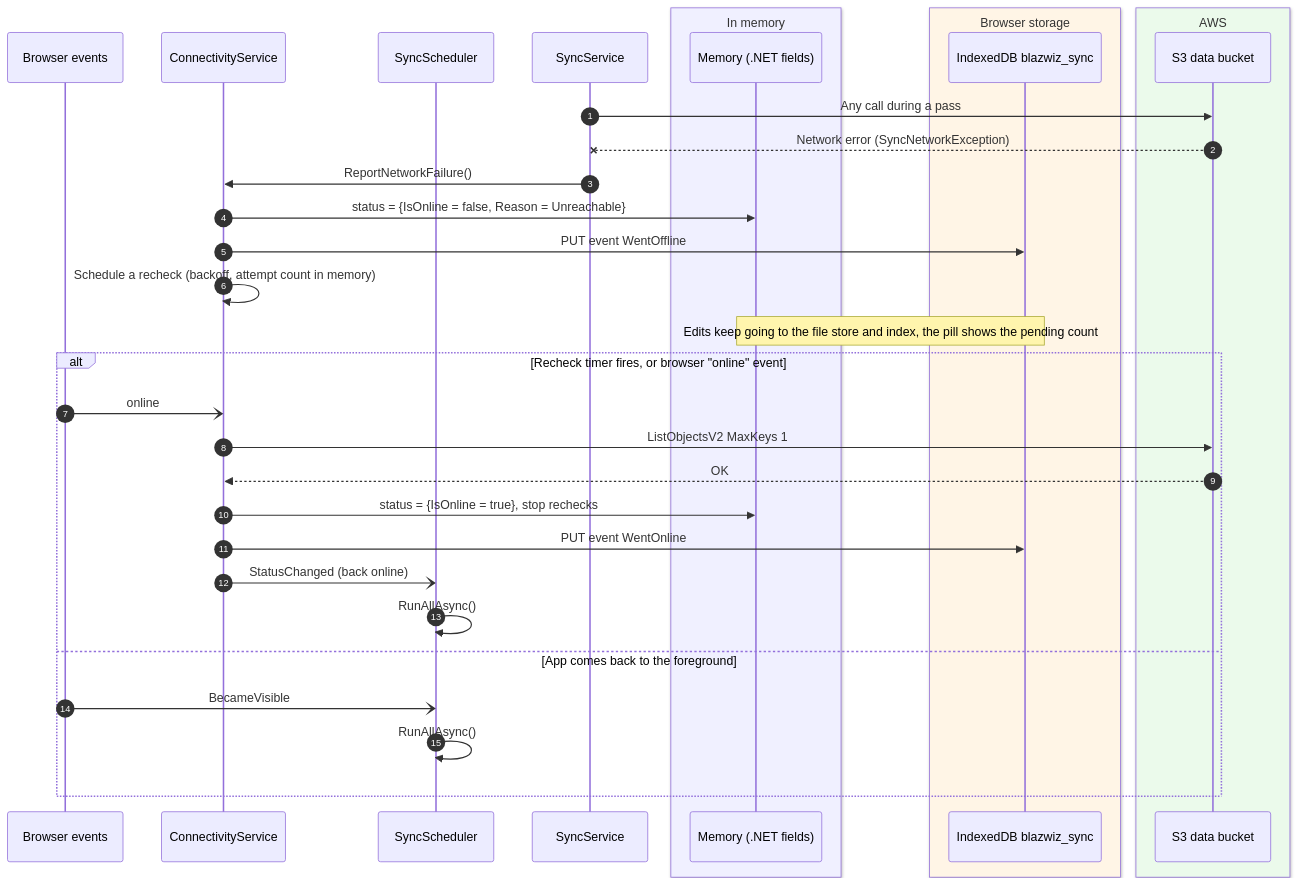
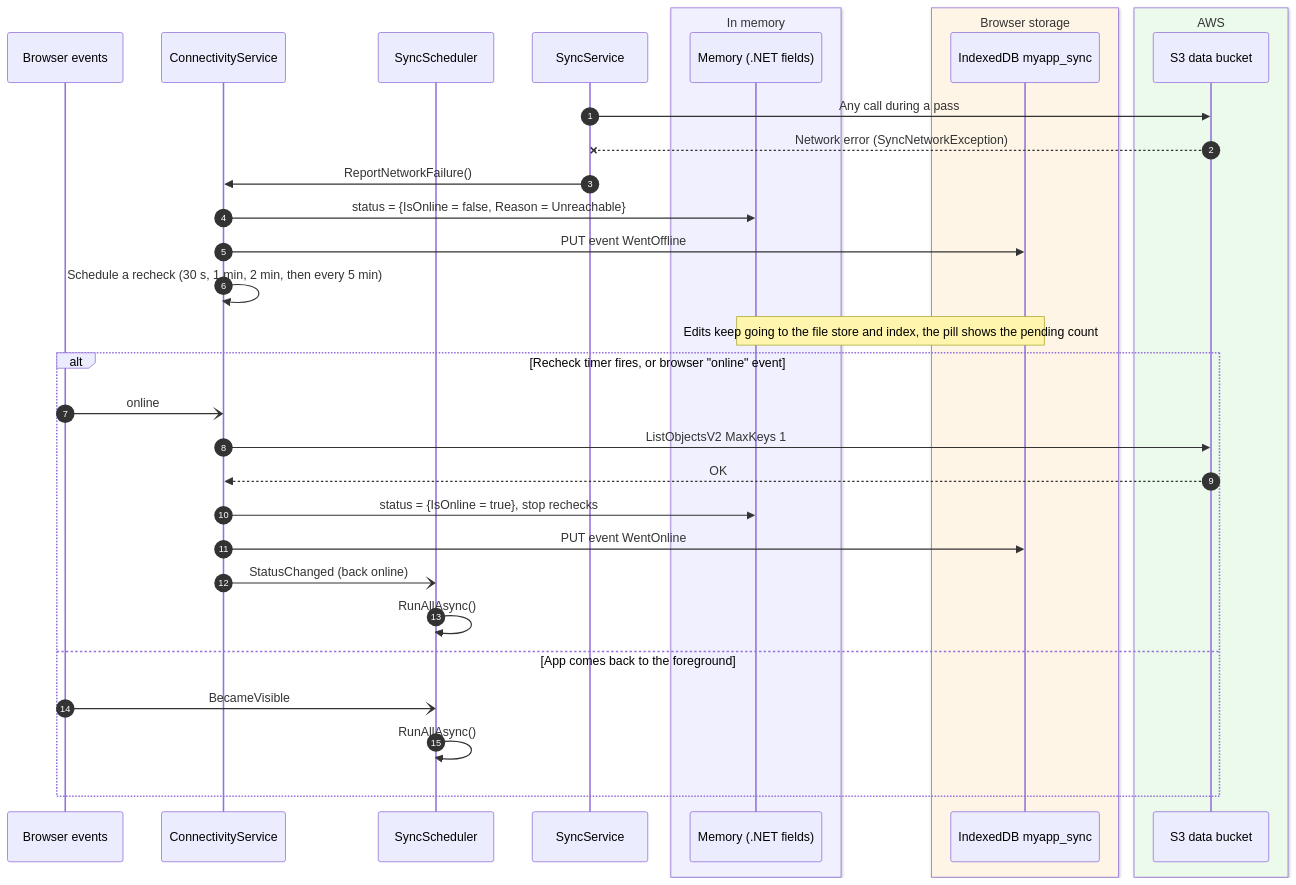
Before and after one commit to devoctomy/blazwiz: the sixth of 7 diagrams in docs/diagrams/sync.md, drawn with Mermaid. The commit also changed other lines of this file and 9 other files, not shown here.

First line of the commit message:
chore: update to documents / diagrams and agents (#17)

````diff
--- a/docs/diagrams/sync.md
+++ b/docs/diagrams/sync.md
@@ -311,39 +416,39 @@
 ```mermaid
 sequenceDiagram
     autonumber
     participant Browser as Browser events
     participant Conn as ConnectivityService
     participant Sched as SyncScheduler
     participant Svc as SyncService
     box rgb(240,240,255) In memory
         participant Mem as Memory (.NET fields)
     end
     box rgb(255,245,230) Browser storage
-        participant IDB as IndexedDB blazwiz_sync
+        participant IDB as IndexedDB myapp_sync
     end
     box rgb(235,250,235) AWS
         participant S3 as S3 data bucket
     end
 
     Svc->>S3: Any call during a pass
     S3--xSvc: Network error (SyncNetworkException)
     Svc->>Conn: ReportNetworkFailure()
     Conn->>Mem: status = {IsOnline = false, Reason = Unreachable}
     Conn->>IDB: PUT event WentOffline
-    Conn->>Conn: Schedule a recheck (backoff, attempt count in memory)
+    Conn->>Conn: Schedule a recheck (30 s, 1 min, 2 min, then every 5 min)
 
     Note over Mem,IDB: Edits keep going to the file store and index, the pill shows the pending count
 
     alt Recheck timer fires, or browser "online" event
         Browser-)Conn: online
         Conn->>S3: ListObjectsV2 MaxKeys 1
         S3-->>Conn: OK
         Conn->>Mem: status = {IsOnline = true}, stop rechecks
         Conn->>IDB: PUT event WentOnline
         Conn-)Sched: StatusChanged (back online)
         Sched->>Sched: RunAllAsync()
     else App comes back to the foreground
         Browser-)Sched: BecameVisible
         Sched->>Sched: RunAllAsync()
     end
 ```
````
